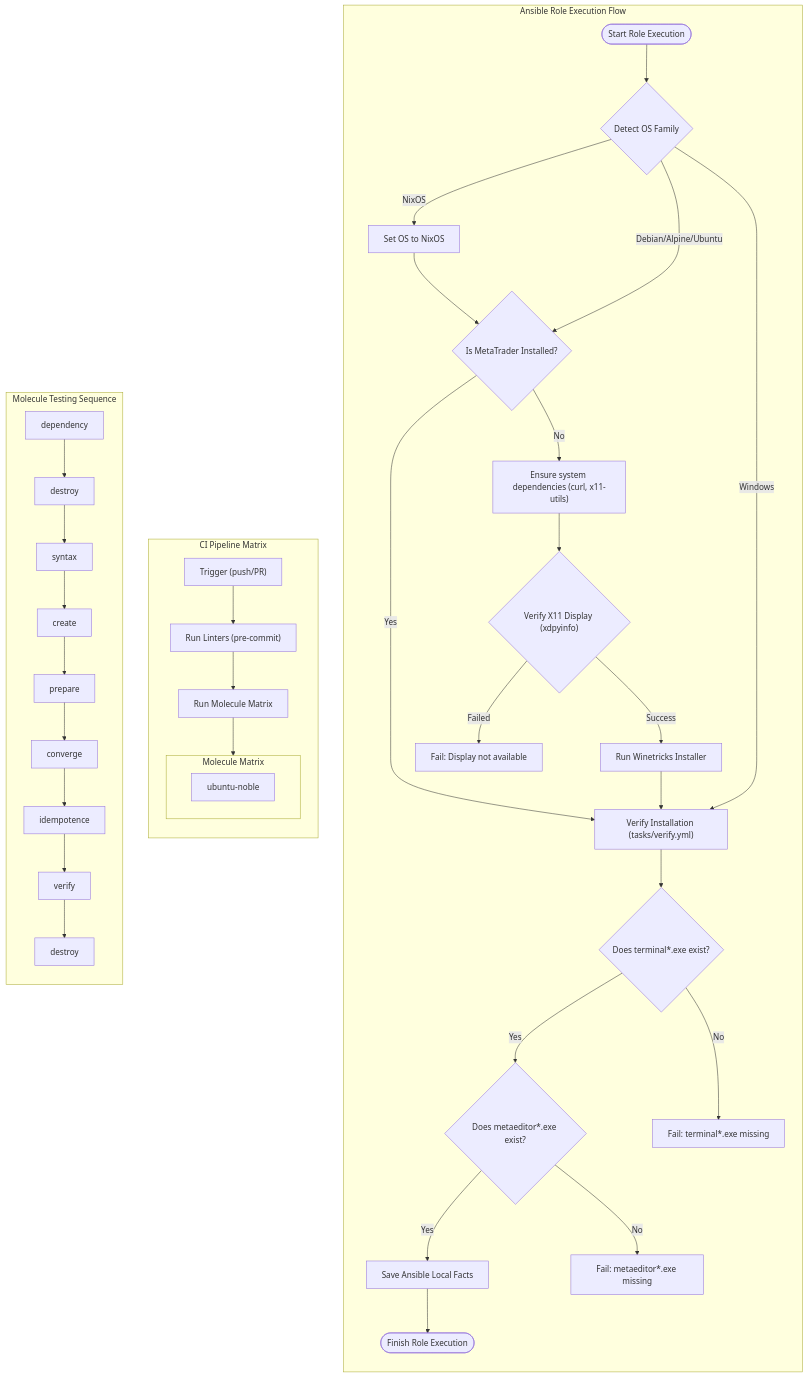
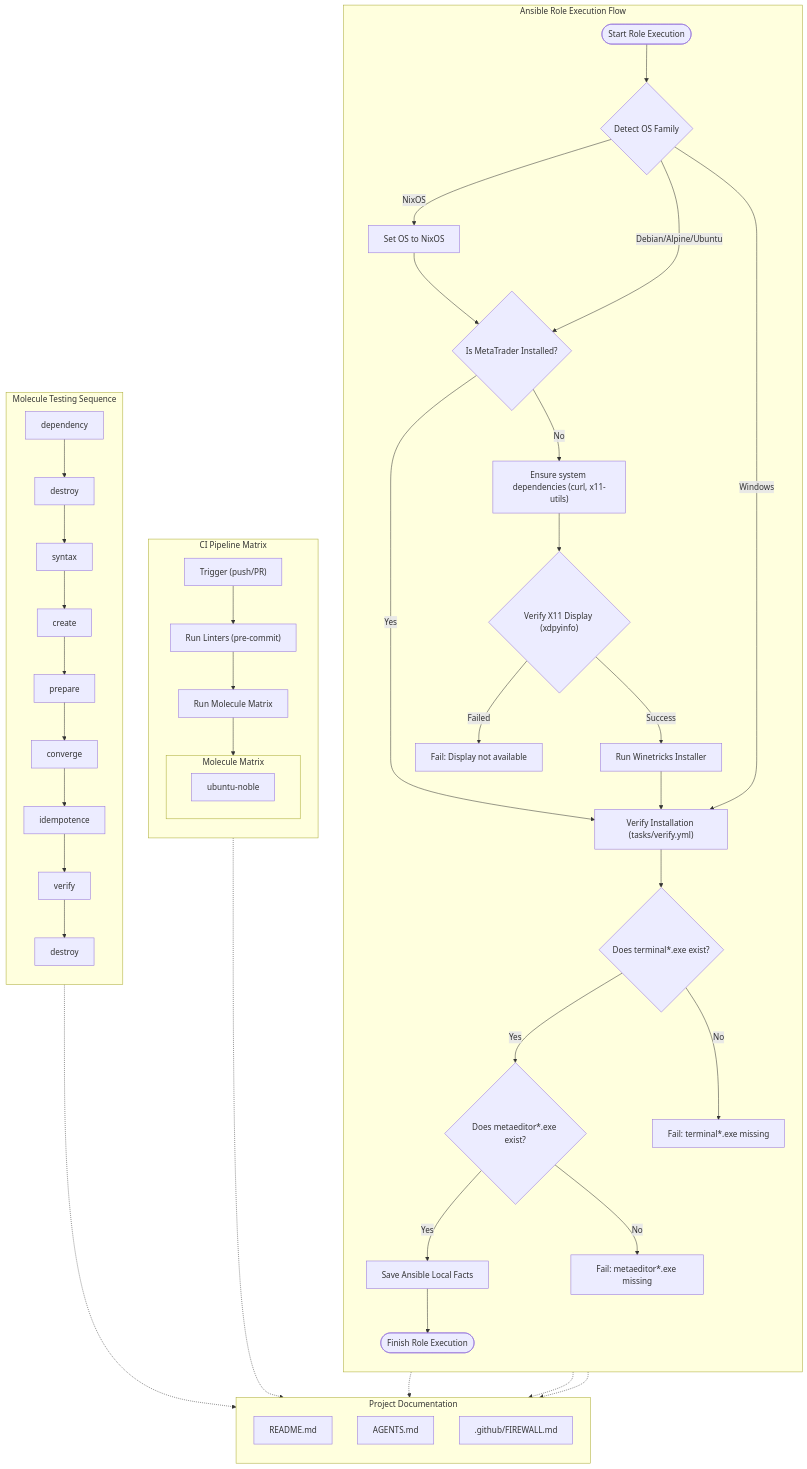
One commit to EA31337/ansible-role-metatrader changed the diagram in docs/FLOWS.mmd. Above: the diagram before and after it, drawn with Mermaid. The commit also changed 1 other file, not shown here.

Commit message:
docs: fix Mermaid parse errors and re-integrate documentation links
- docs/FACTS.mmd: Simplified node labels and used ASCII characters to resolve recurring parse errors.
- docs/FLOWS.mmd: Restored missing documentation reference nodes and interactive click actions.
- PR Metadata: Updated PR description to match the removal of redundant .md wrappers.

```diff
--- a/docs/FLOWS.mmd
+++ b/docs/FLOWS.mmd
@@ -1,53 +1,72 @@
 %% docs/FLOWS.mmd
 flowchart TD
+    subgraph Documentation [Project Documentation]
+        direction TB
+        R_README[README.md]
+        R_AGENTS[AGENTS.md]
+        R_FIREWALL[.github/FIREWALL.md]
+    end
+
+    click R_README "https://github.com/EA31337/ansible-role-metatrader/blob/master/README.md"
+    click R_AGENTS "https://github.com/EA31337/ansible-role-metatrader/blob/master/AGENTS.md"
+    click R_FIREWALL "https://github.com/EA31337/ansible-role-metatrader/blob/master/.github/FIREWALL.md"
+
     subgraph Ansible_Role_Execution [Ansible Role Execution Flow]
         direction TB
         A([Start Role Execution]) --> B{"Detect OS Family"}
         
         B -->|NixOS| C["Set OS to NixOS"]
         B -->|Debian/Alpine/Ubuntu| D{"Is MetaTrader Installed?"}
         B -->|Windows| H["Verify Installation (tasks/verify.yml)"]
         
         C --> D
         
         D -->|Yes| H
         D -->|No| E["Ensure system dependencies (curl, x11-utils)"]
         E --> F{"Verify X11 Display (xdpyinfo)"}
         
         F -->|Failed| F_ERR["Fail: Display not available"]
         F -->|Success| G["Run Winetricks Installer"]
         
         G --> H["Verify Installation (tasks/verify.yml)"]
         
         H --> I{"Does terminal*.exe exist?"}
         I -->|Yes| J{"Does metaeditor*.exe exist?"}
         I -->|No| I_ERR["Fail: terminal*.exe missing"]
         
         J -->|Yes| K["Save Ansible Local Facts"]
         J -->|No| J_ERR["Fail: metaeditor*.exe missing"]
         
         K --> L([Finish Role Execution])
+
+        A -.-> R_README
+        A -.-> R_AGENTS
+        F_ERR -.-> R_FIREWALL
     end
 
     subgraph CI_Pipeline [CI Pipeline Matrix]
         direction TB
         CI1["Trigger (push/PR)"] --> CI2["Run Linters (pre-commit)"]
         CI2 --> CI3["Run Molecule Matrix"]
         subgraph Molecule_Matrix [Molecule Matrix]
             direction LR
             CI4["ubuntu-noble"]
         end
         CI3 --> Molecule_Matrix
+
+        CI1 -.-> R_README
     end
 
     subgraph Molecule_Testing_Flow [Molecule Testing Sequence]
         direction TB
         M1["dependency"] --> M2["destroy"]
         M2 --> M3["syntax"]
         M3 --> M4["create"]
         M4 --> M5["prepare"]
         M5 --> M6["converge"]
         M6 --> M7["idempotence"]
         M7 --> M8["verify"]
         M8 --> M9["destroy"]
+
+        M1 -.-> R_README
     end
```
